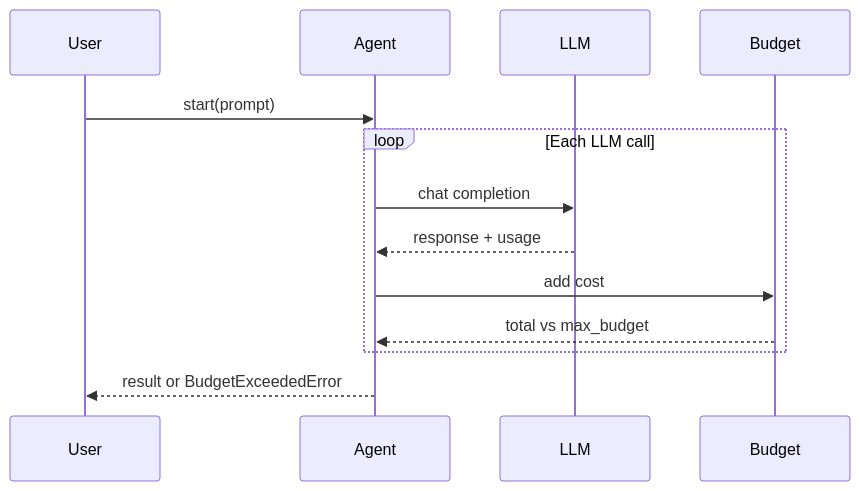
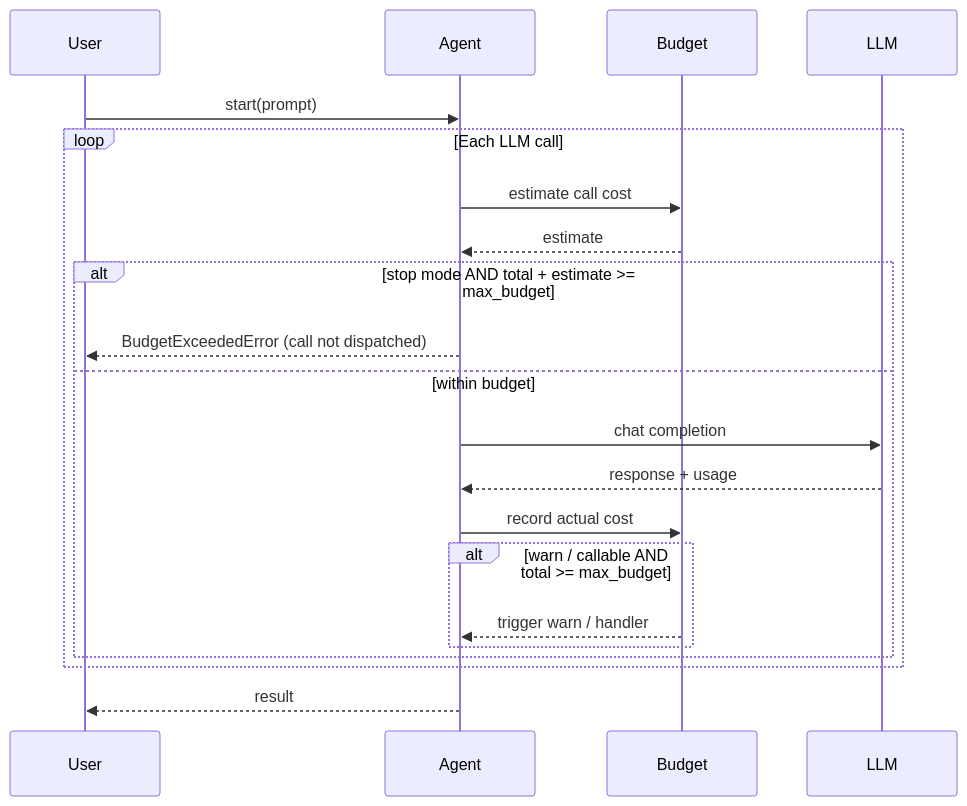
One commit to MervinPraison/PraisonAIDocs changed the second of 2 diagrams in docs/features/agent-max-budget.mdx. Above: the diagram before and after it, drawn with Mermaid. The commit also changed other lines of this file and 3 other files, not shown here.

First line of the commit message:
docs: update budget pages for pre-call hard ceiling behaviour (fixes #926)

````diff
--- a/docs/features/agent-max-budget.mdx
+++ b/docs/features/agent-max-budget.mdx
@@ -78,16 +78,24 @@
 ```mermaid
 sequenceDiagram
     participant User
     participant Agent
+    participant Budget
     participant LLM
-    participant Budget
 
     User->>Agent: start(prompt)
     loop Each LLM call
-        Agent->>LLM: chat completion
-        LLM-->>Agent: response + usage
-        Agent->>Budget: add cost
-        Budget-->>Agent: total vs max_budget
+        Agent->>Budget: estimate call cost
+        Budget-->>Agent: estimate
+        alt stop mode AND total + estimate >= max_budget
+            Agent-->>User: BudgetExceededError (call not dispatched)
+        else within budget
+            Agent->>LLM: chat completion
+            LLM-->>Agent: response + usage
+            Agent->>Budget: record actual cost
+            alt warn / callable AND total >= max_budget
+                Budget-->>Agent: trigger warn / handler
+            end
+        end
     end
-    Agent-->>User: result or BudgetExceededError
+    Agent-->>User: result
 ```
````
